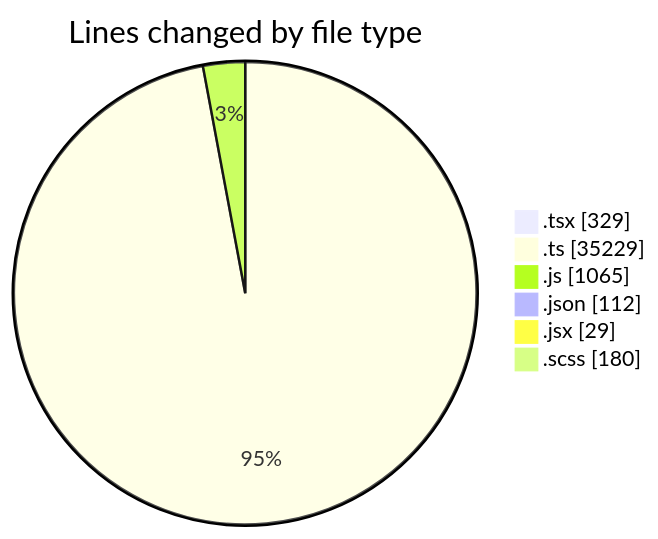
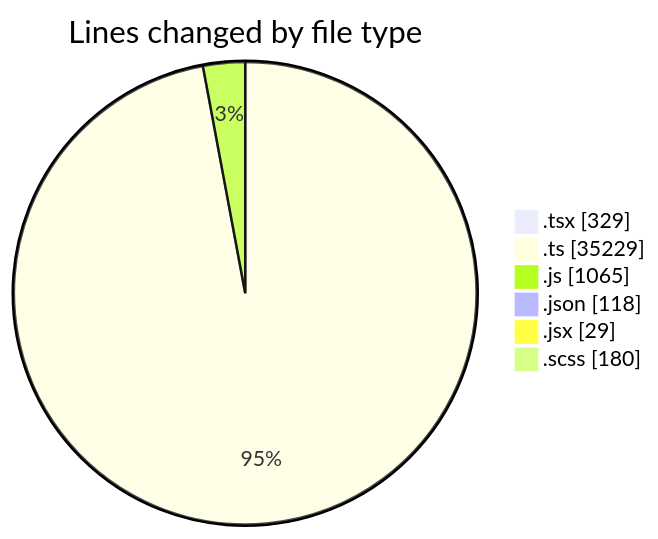
Before and after one commit to momahboobian/code-tracking: the first of 2 diagrams in 2025-12-17/cda/README.md, drawn with Mermaid. The commit also changed other lines of this file and 1 other file, not shown here.

````diff
--- a/2025-12-17/cda/README.md
+++ b/2025-12-17/cda/README.md
@@ -50,10 +50,10 @@
 ```mermaid
 pie showData
 title Lines changed by file type
 ".tsx" : 329
 ".ts" : 35229
 ".js" : 1065
-".json" : 112
+".json" : 118
 ".jsx" : 29
 ".scss" : 180
 ```
````
